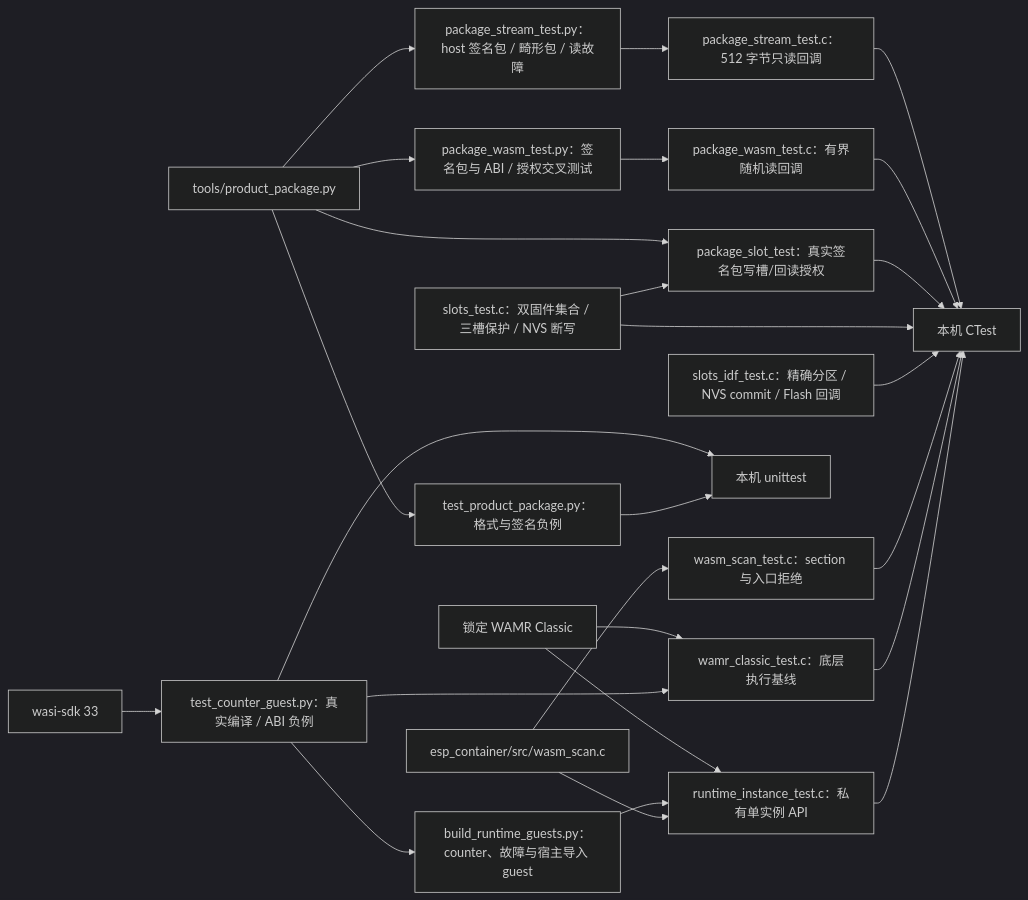
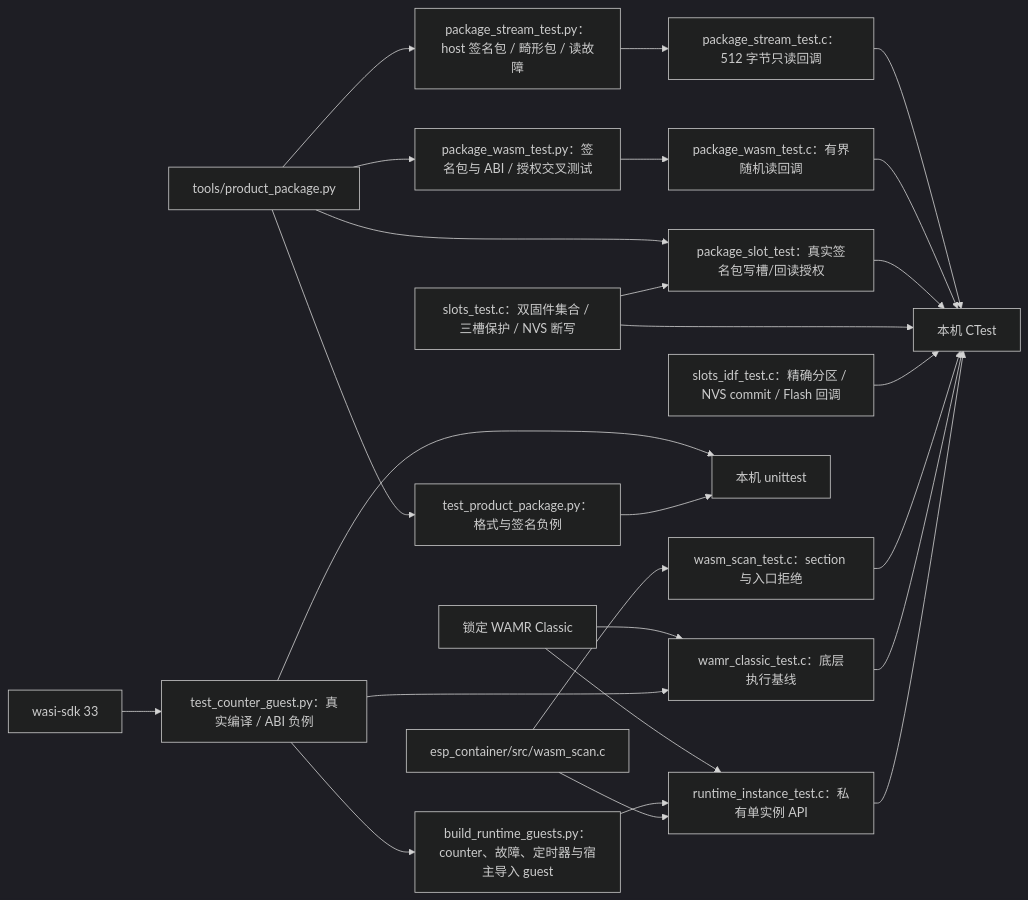
The diagram in tests/README.md (darren-you/esp-container), drawn with Mermaid (dark theme) before and after one commit. The commit also changed other lines of this file and 17 other files, not shown here.

````diff
--- a/tests/README.md
+++ b/tests/README.md
@@ -5,28 +5,28 @@
 ```mermaid
 flowchart LR
     package["tools/product_package.py"] --> py["test_product_package.py：格式与签名负例"]
     package --> stream["package_stream_test.py：host 签名包 / 畸形包 / 读故障"]
     stream --> reader["package_stream_test.c：512 字节只读回调"]
     package --> static["package_wasm_test.py：签名包与 ABI / 授权交叉测试"]
     static --> static_reader["package_wasm_test.c：有界随机读回调"]
     reader --> ctest
     static_reader --> ctest
     package --> slot_admission["package_slot_test：真实签名包写槽/回读授权"]
     slots --> slot_admission
     slot_admission --> ctest
     slots["slots_test.c：双固件集合 / 三槽保护 / NVS 断写"] --> ctest
     idf_slots["slots_idf_test.c：精确分区 / NVS commit / Flash 回调"] --> ctest
     scanner["esp_container/src/wasm_scan.c"] --> c["wasm_scan_test.c：section 与入口拒绝"]
     wasi["wasi-sdk 33"] --> guest["test_counter_guest.py：真实编译 / ABI 负例"]
     guest --> host
     wamr["锁定 WAMR Classic"] --> baseline["wamr_classic_test.c：底层执行基线"]
     guest --> baseline
-    guest --> fixtures["build_runtime_guests.py：counter、故障与宿主导入 guest"]
+    guest --> fixtures["build_runtime_guests.py：counter、故障、定时器与宿主导入 guest"]
     wamr --> instance["runtime_instance_test.c：私有单实例 API"]
     fixtures --> instance
     scanner --> instance
     py --> host["本机 unittest"]
     c --> ctest["本机 CTest"]
     baseline --> ctest
     instance --> ctest
 ```
````
